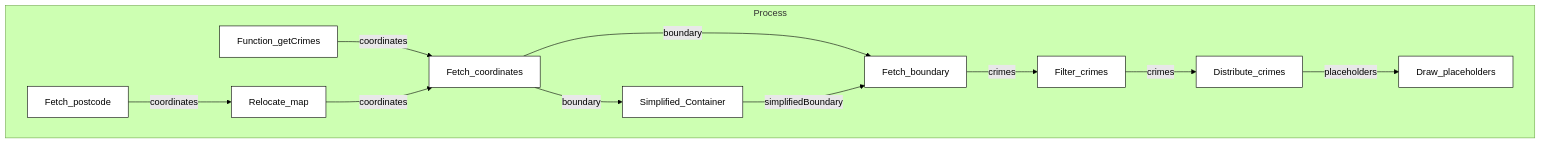
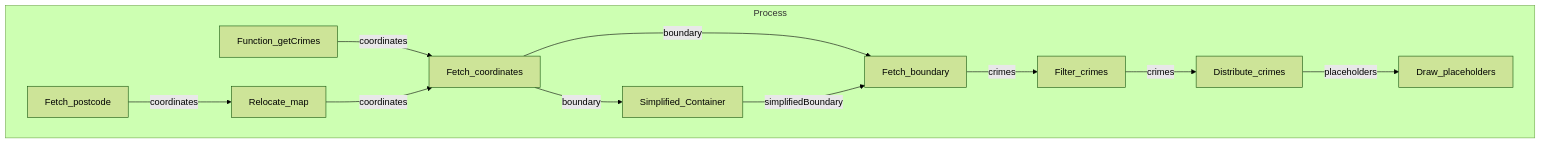
One commit to FAC29A/Alex-Esti-Project changed the diagram in README.md. Above: the diagram before and after it, drawn with Mermaid.

````diff
--- a/README.md
+++ b/README.md
@@ -33,26 +33,15 @@
 ```mermaid
 %%{init: {'theme':'forest'}}%%
 graph TD
     subgraph Process
         Function_getCrimes-->|coordinates|Fetch_coordinates;
         Fetch_coordinates-->|boundary|Fetch_boundary;
         Fetch_boundary-->|crimes|Filter_crimes;
         Filter_crimes-->|crimes|Distribute_crimes;
         Distribute_crimes-->|placeholders|Draw_placeholders;
         Fetch_coordinates-->|boundary|Simplified_Container;
         Simplified_Container-->|simplifiedBoundary|Fetch_boundary;
         Fetch_postcode-->|coordinates|Relocate_map;
         Relocate_map-->|coordinates|Fetch_coordinates;
     end
-
-classDef default fill:#ffffff,stroke:#000000,stroke-width:1px;
-    class Function_getCrimes default
-    class Fetch_coordinates default
-    class Fetch_boundary default
-    class Filter_crimes default
-    class Distribute_crimes default
-    class Draw_placeholders default
-    class Simplified_Container default
-    class Fetch_postcode default
-    class Relocate_map default
 ```
````
